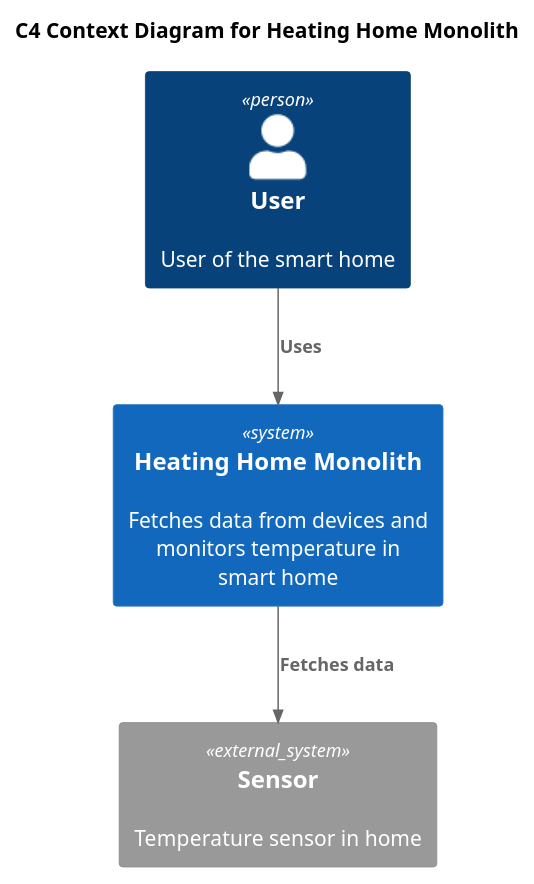
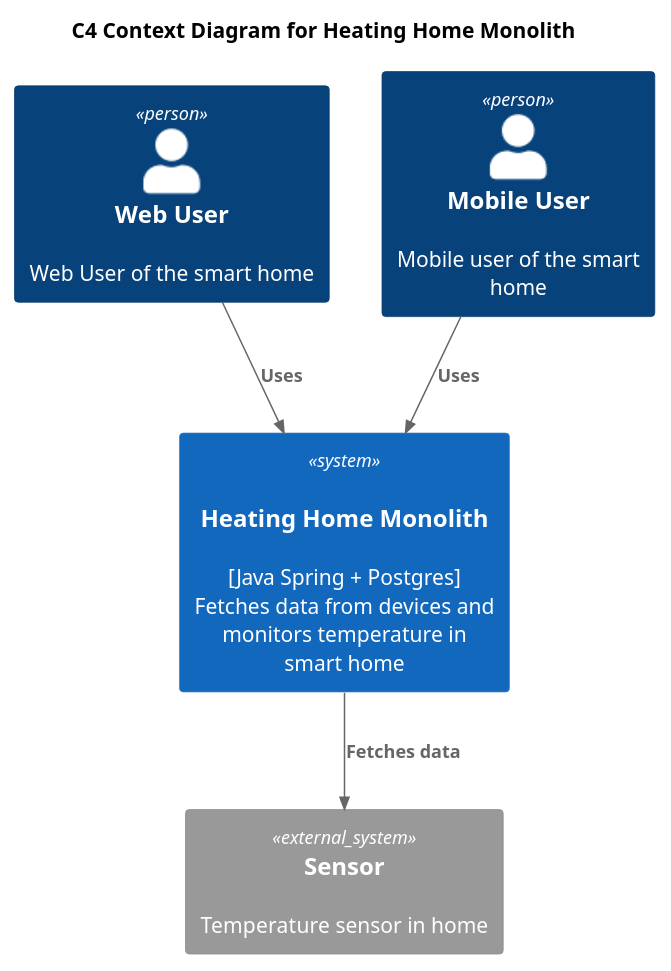
One commit to lavandosovich/yaa3 changed the diagram in diagramms/c4.context.monolith.wsd. Above: the diagram before and after it, drawn with PlantUML. The commit also changed 6 other files, not shown here.

```diff
--- a/diagramms/c4.context.monolith.wsd
+++ b/diagramms/c4.context.monolith.wsd
@@ -1,14 +1,17 @@
 @startuml
  !include https://raw.githubusercontent.com/plantuml-stdlib/C4-PlantUML/master/C4_Context.puml
 
  title C4 Context Diagram for Heating Home Monolith
 
- Person(user, "User", "User of the smart home")
+ Person(webUser, "Web User", "Web User of the smart home")
+ Person(mobileUser, "Mobile User", "Mobile user of the smart home")
+
  System_Ext(sensor, "Sensor", "Temperature sensor in home")
 
- System(HeatingHomeMonolith, "Heating Home Monolith", "Fetches data from devices and monitors temperature in smart home")
+ System(HeatingHomeMonolith, "Heating Home Monolith", "[Java Spring + Postgres] Fetches data from devices and monitors temperature in smart home", "hvhv")
  
 
- Rel(user, HeatingHomeMonolith, "Uses")
+ Rel(webUser, HeatingHomeMonolith, "Uses")
+ Rel(mobileUser, HeatingHomeMonolith, "Uses")
  Rel(HeatingHomeMonolith, sensor, "Fetches data")
 @enduml
```
